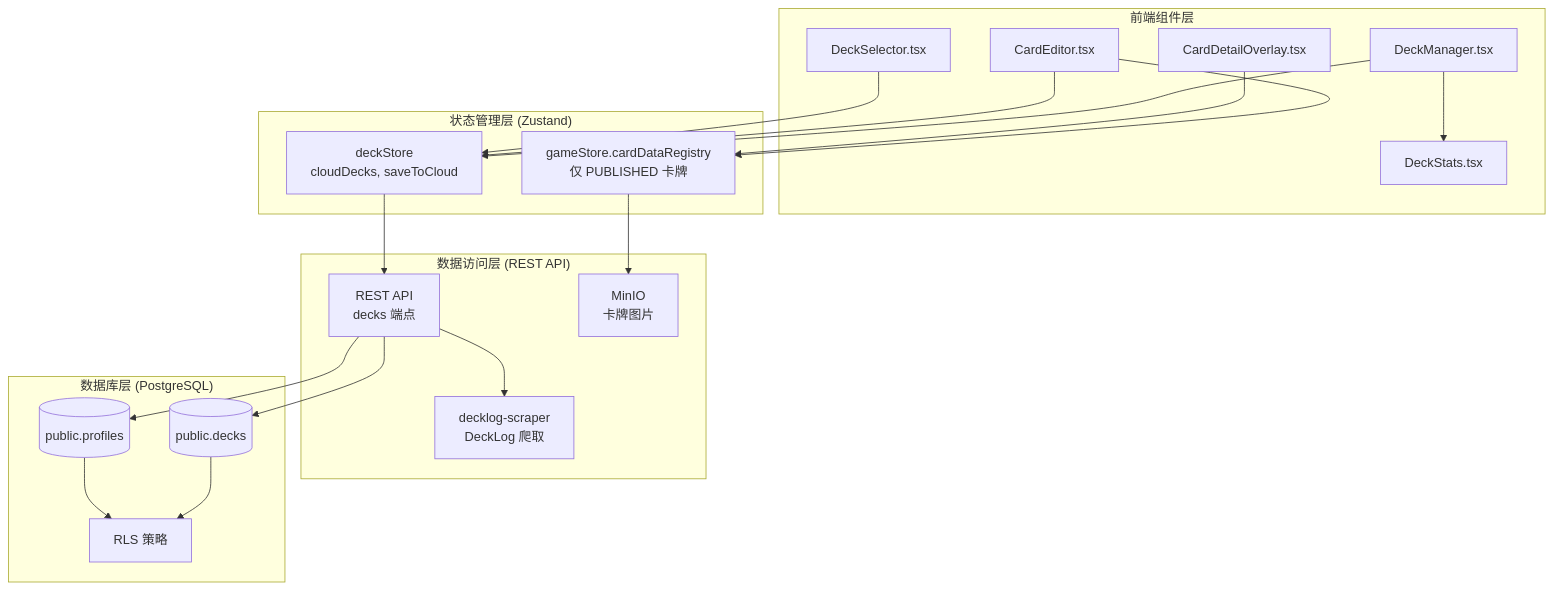
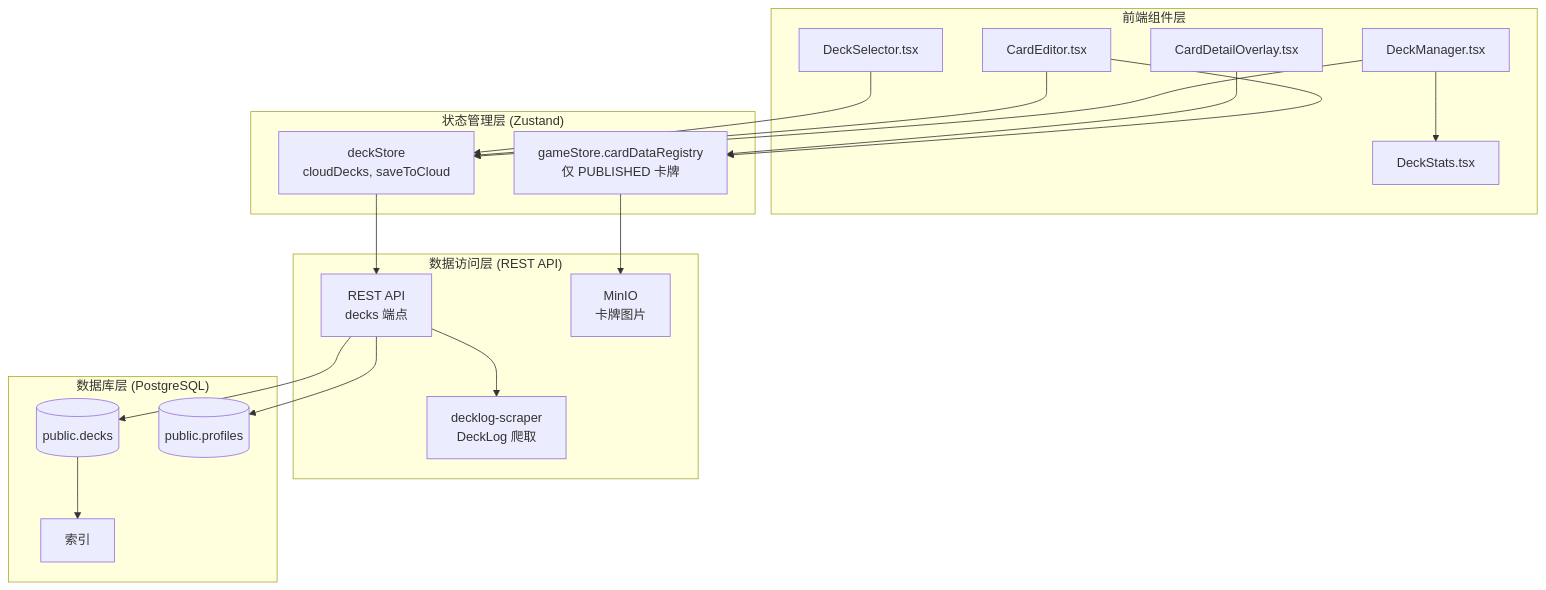
Before and after one commit to catmeow123456/loveca-dev: the first of 4 diagrams in docs/deck-management/design.md, drawn with Mermaid. The commit also changed other lines of this file and 8 other files, not shown here.

````diff
--- a/docs/deck-management/design.md
+++ b/docs/deck-management/design.md
@@ -10,41 +10,40 @@
 ```mermaid
 flowchart TB
     subgraph Frontend["前端组件层"]
         DM[DeckManager.tsx]
         CE[CardEditor.tsx]
         CDO[CardDetailOverlay.tsx]
         DST[DeckStats.tsx]
         DSE[DeckSelector.tsx]
     end
 
     subgraph State["状态管理层 (Zustand)"]
         DS[deckStore<br/>cloudDecks, saveToCloud]
         GDR[gameStore.cardDataRegistry<br/>仅 PUBLISHED 卡牌]
     end
 
     subgraph DataAccess["数据访问层 (REST API)"]
         SB1[REST API<br/>decks 端点]
         SB2[MinIO<br/>卡牌图片]
         DLS[decklog-scraper<br/>DeckLog 爬取]
     end
 
     subgraph Database["数据库层 (PostgreSQL)"]
         DECKS[(public.decks)]
         PROFILES[(public.profiles)]
-        RLS[RLS 策略]
+        IDX[索引]
     end
 
     DM --> DS
     DM --> DST
     CE --> DS
     CE --> GDR
     CDO --> GDR
     DSE --> DS
     DS --> SB1
     SB1 --> DLS
     GDR --> SB2
     SB1 --> DECKS
     SB1 --> PROFILES
-    DECKS --> RLS
-    PROFILES --> RLS
+    DECKS --> IDX
 ```
````
